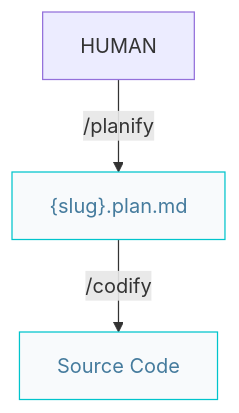
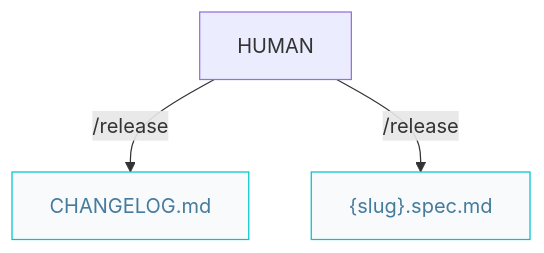
One commit to AIDDbot/AIDDbot changed the second of 2 diagrams in docs/craftsman.pipelines.md. Above: the diagram before and after it, drawn with Mermaid. The commit also changed other lines of this file and 3 other files, not shown here.

Commit message:
feat: update workflow documentation to include /release command and changelog updates refactor: streamline craftsman pipelines by removing unnecessary sections and clarifying repair process feat: add image asset for documentation

````diff
--- a/docs/craftsman.pipelines.md
+++ b/docs/craftsman.pipelines.md
@@ -22,11 +18,10 @@
 ```mermaid
 flowchart TD  
   HUM[HUMAN]
-  PLN["{slug}.plan.md"]:::nd
-  COD[Source Code]:::nd
+  SPC["{slug}.spec.md"]:::nd
+  CHL["CHANGELOG.md"]:::nd
 
-  HUM -->|/planify| PLN
-  PLN -->|/codify| COD
-
+  HUM -->|/release| CHL & SPC
+  
   classDef nd fill:#f8fafc,stroke:#00c4cc,color:#457b9d
-```
+``` 
````
